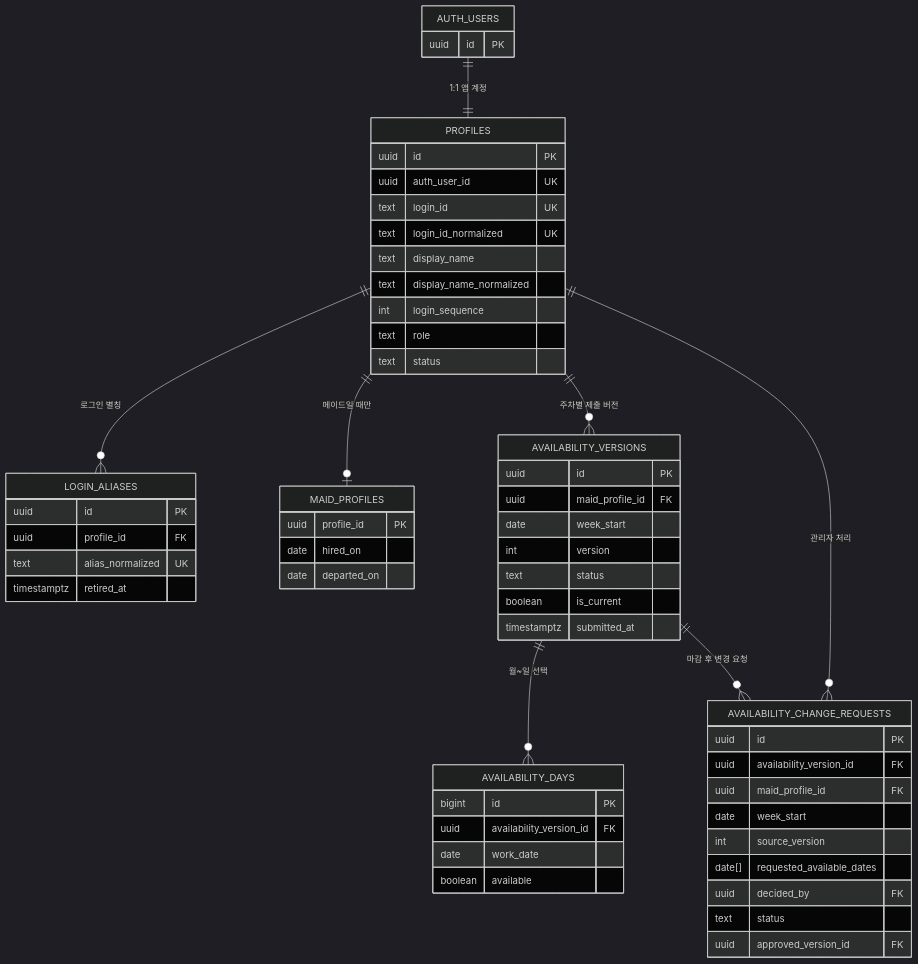
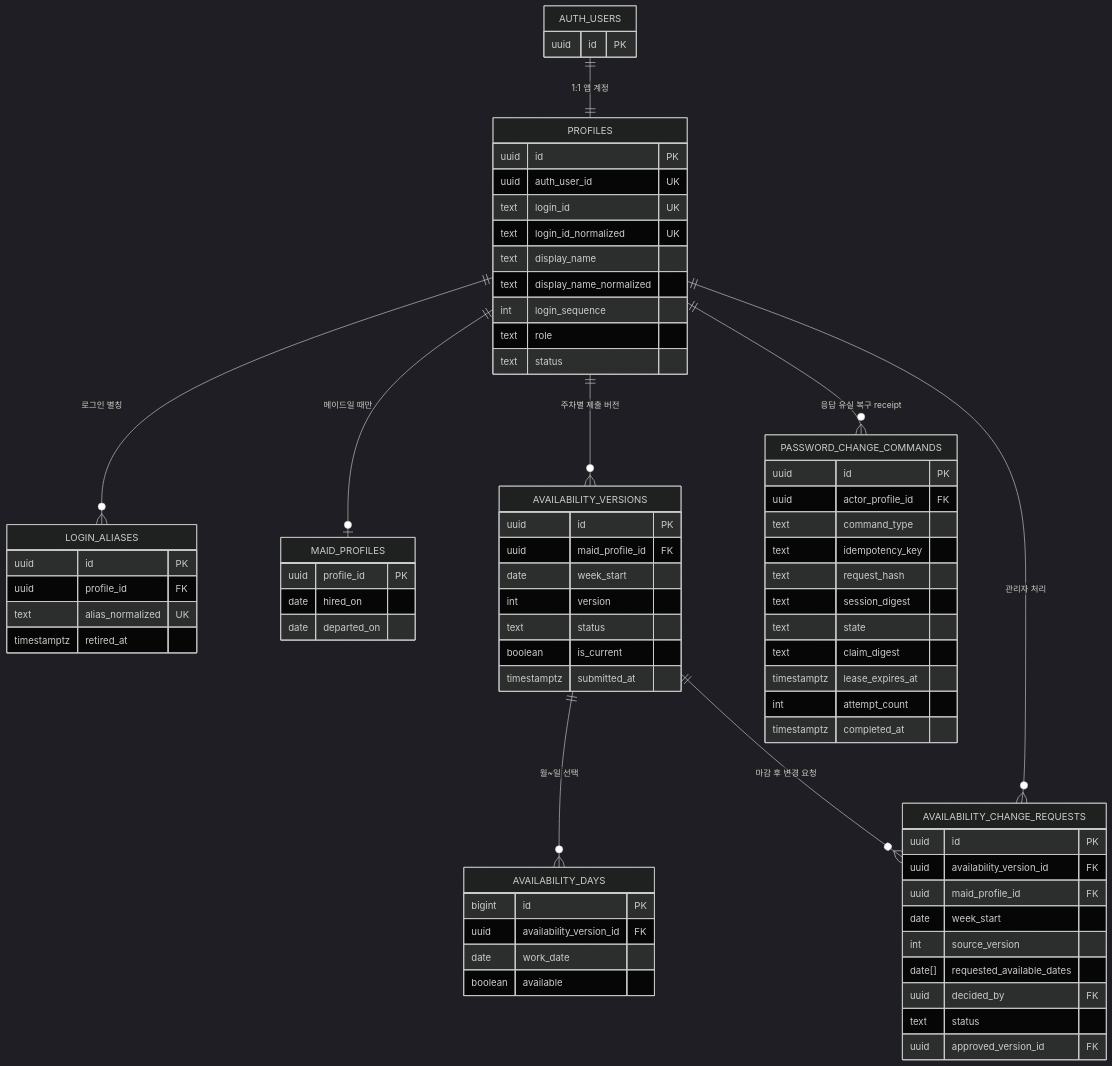
Before and after one commit to wrongstory/room-management-system-backend: the second of 12 diagrams in docs/ERD.md, drawn with Mermaid (dark theme). The commit also changed other lines of this file and 23 other files, not shown here.

````diff
--- a/docs/ERD.md
+++ b/docs/ERD.md
@@ -36,62 +36,76 @@
 ```mermaid
 erDiagram
   AUTH_USERS ||--|| PROFILES : "1:1 앱 계정"
   PROFILES ||--o{ LOGIN_ALIASES : "로그인 별칭"
   PROFILES ||--o| MAID_PROFILES : "메이드일 때만"
   PROFILES ||--o{ AVAILABILITY_VERSIONS : "주차별 제출 버전"
   AVAILABILITY_VERSIONS ||--o{ AVAILABILITY_DAYS : "월~일 선택"
   AVAILABILITY_VERSIONS ||--o{ AVAILABILITY_CHANGE_REQUESTS : "마감 후 변경 요청"
   PROFILES ||--o{ AVAILABILITY_CHANGE_REQUESTS : "관리자 처리"
+  PROFILES ||--o{ PASSWORD_CHANGE_COMMANDS : "응답 유실 복구 receipt"
 
   AUTH_USERS {
     uuid id PK
   }
   PROFILES {
     uuid id PK
     uuid auth_user_id UK
     text login_id UK
     text login_id_normalized UK
     text display_name
     text display_name_normalized
     int login_sequence
     text role
     text status
   }
   LOGIN_ALIASES {
     uuid id PK
     uuid profile_id FK
     text alias_normalized UK
     timestamptz retired_at
   }
   MAID_PROFILES {
     uuid profile_id PK
     date hired_on
     date departed_on
   }
   AVAILABILITY_VERSIONS {
     uuid id PK
     uuid maid_profile_id FK
     date week_start
     int version
     text status
     boolean is_current
     timestamptz submitted_at
   }
   AVAILABILITY_DAYS {
     bigint id PK
     uuid availability_version_id FK
     date work_date
     boolean available
   }
   AVAILABILITY_CHANGE_REQUESTS {
     uuid id PK
     uuid availability_version_id FK
     uuid maid_profile_id FK
     date week_start
     int source_version
     date[] requested_available_dates
     uuid decided_by FK
     text status
     uuid approved_version_id FK
   }
+  PASSWORD_CHANGE_COMMANDS {
+    uuid id PK
+    uuid actor_profile_id FK
+    text command_type
+    text idempotency_key
+    text request_hash
+    text session_digest
+    text state
+    text claim_digest
+    timestamptz lease_expires_at
+    int attempt_count
+    timestamptz completed_at
+  }
 ```
````
